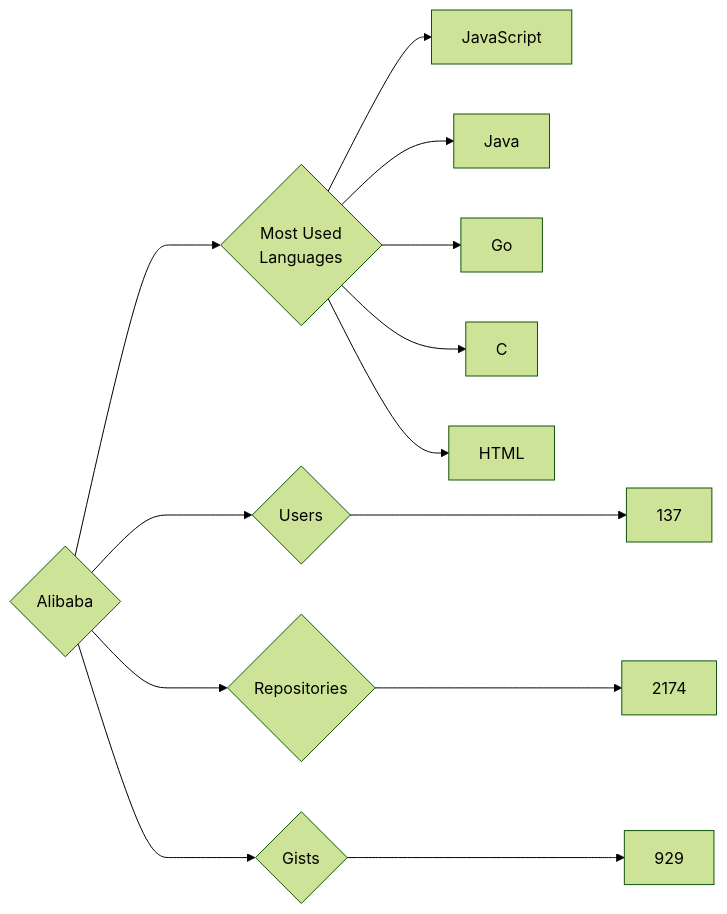
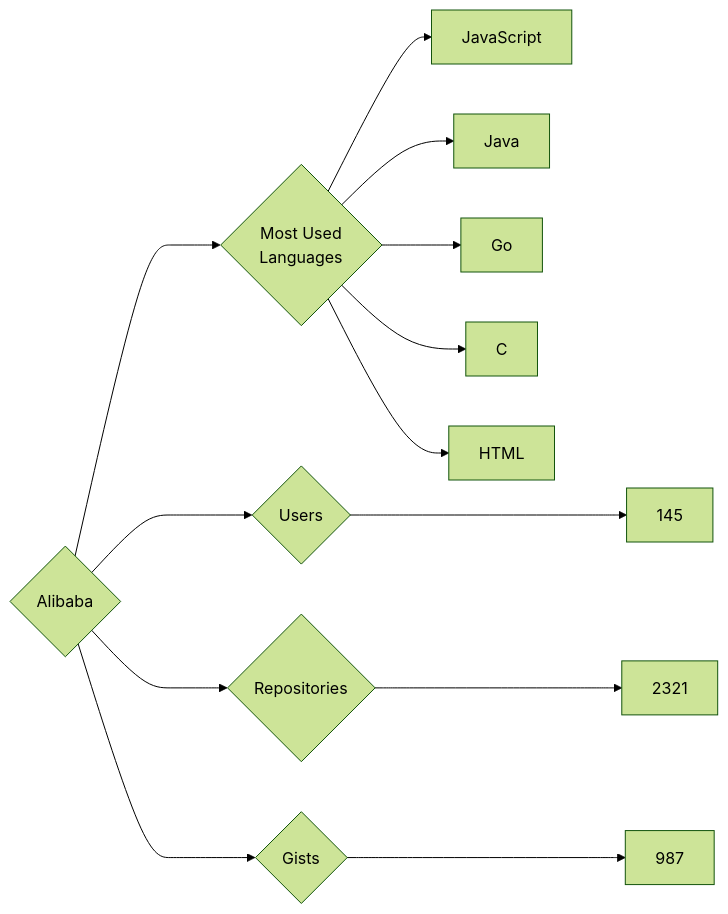
Before and after one commit to trickest/insiders: the diagram in targets/Alibaba/README.md, drawn with Mermaid (forest theme). The commit also changed 874 other files, not shown here.

````diff
--- a/targets/Alibaba/README.md
+++ b/targets/Alibaba/README.md
@@ -3,13 +3,13 @@
 ```mermaid
 graph LR
 COMPANY_NAME{Alibaba}
-COMPANY_NAME ---> U{Users} ---> UN[137]
-COMPANY_NAME ---> R{Repositories} ---> RN[2174]
-COMPANY_NAME ---> G{Gists} ---> GN[929]
+COMPANY_NAME ---> U{Users} ---> UN[145]
+COMPANY_NAME ---> R{Repositories} ---> RN[2321]
+COMPANY_NAME ---> G{Gists} ---> GN[987]
 COMPANY_NAME ---> ML{Most Used<br>Languages}
 ML --> JavaScript[JavaScript]
 ML --> Java[Java]
 ML --> Go[Go]
 ML --> C[C]
 ML --> HTML[HTML]
 ```
````
